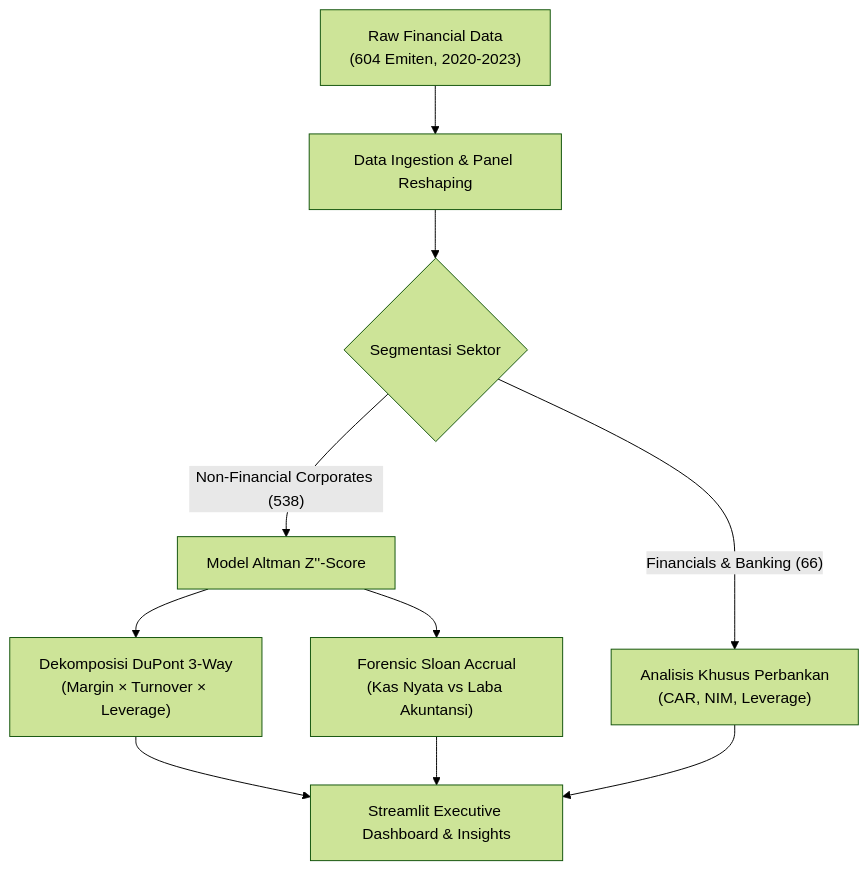
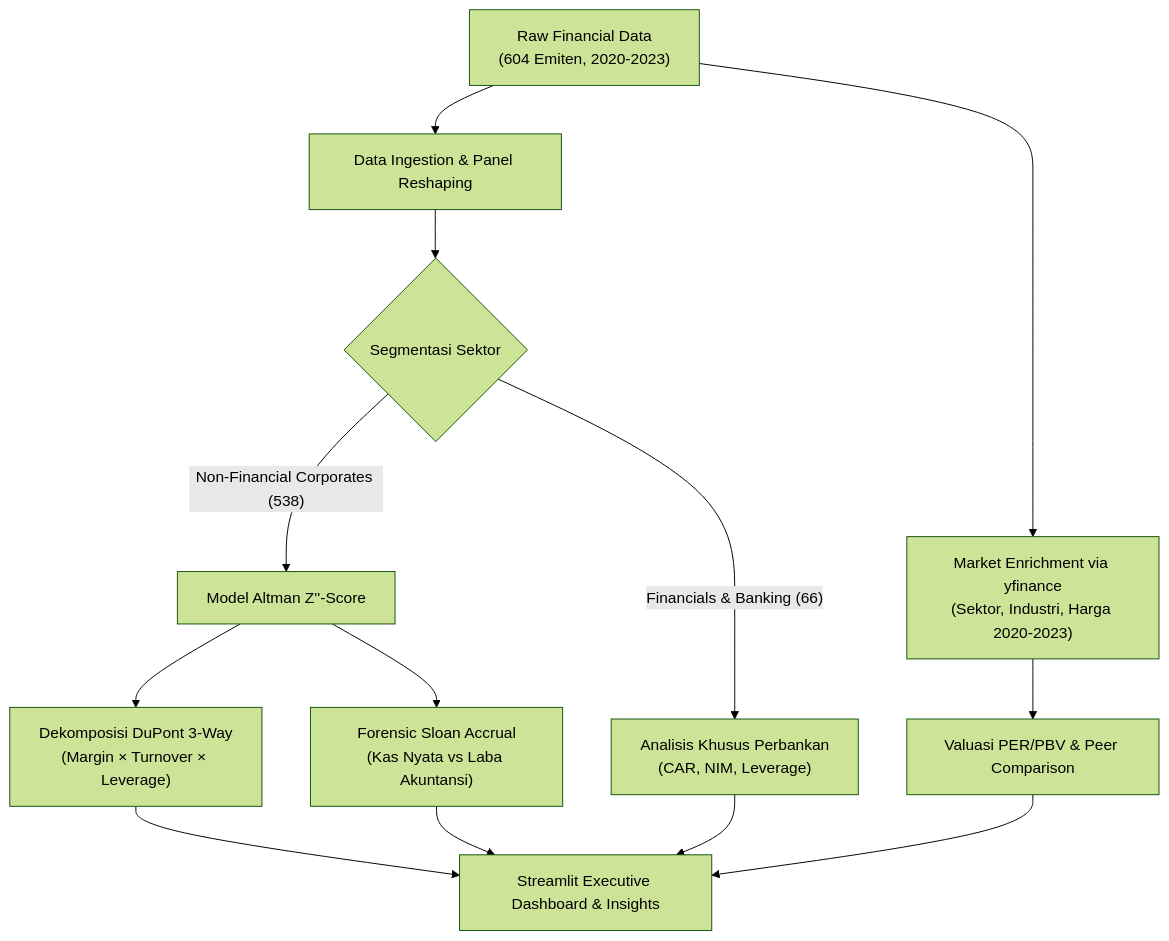
Before and after one commit to Bimzt/Project-SOKO-FINANCIAL: the diagram in README.md, drawn with Mermaid (forest theme). The commit also changed other lines of this file, not shown here.

````diff
--- a/README.md
+++ b/README.md
@@ -26,12 +26,15 @@
 ```mermaid
 flowchart TD
     A["Raw Financial Data<br/>(604 Emiten, 2020-2023)"] --> B["Data Ingestion & Panel Reshaping"]
     B --> C{"Segmentasi Sektor"}
     C -->|"Non-Financial Corporates (538)"| D["Model Altman Z''-Score"]
     C -->|"Financials & Banking (66)"| E["Analisis Khusus Perbankan<br/>(CAR, NIM, Leverage)"]
     D --> F["Dekomposisi DuPont 3-Way<br/>(Margin × Turnover × Leverage)"]
     D --> G["Forensic Sloan Accrual<br/>(Kas Nyata vs Laba Akuntansi)"]
+    A --> I["Market Enrichment via yfinance<br/>(Sektor, Industri, Harga 2020-2023)"]
+    I --> J["Valuasi PER/PBV & Peer Comparison"]
     F --> H["Streamlit Executive Dashboard & Insights"]
     G --> H
     E --> H
+    J --> H
 ```
````
